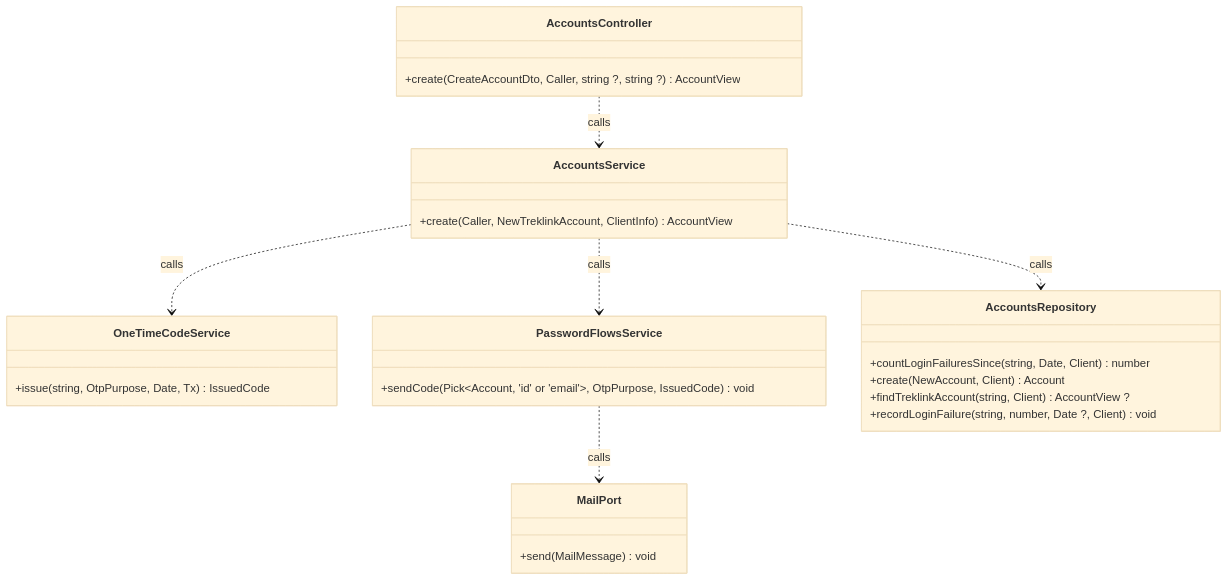
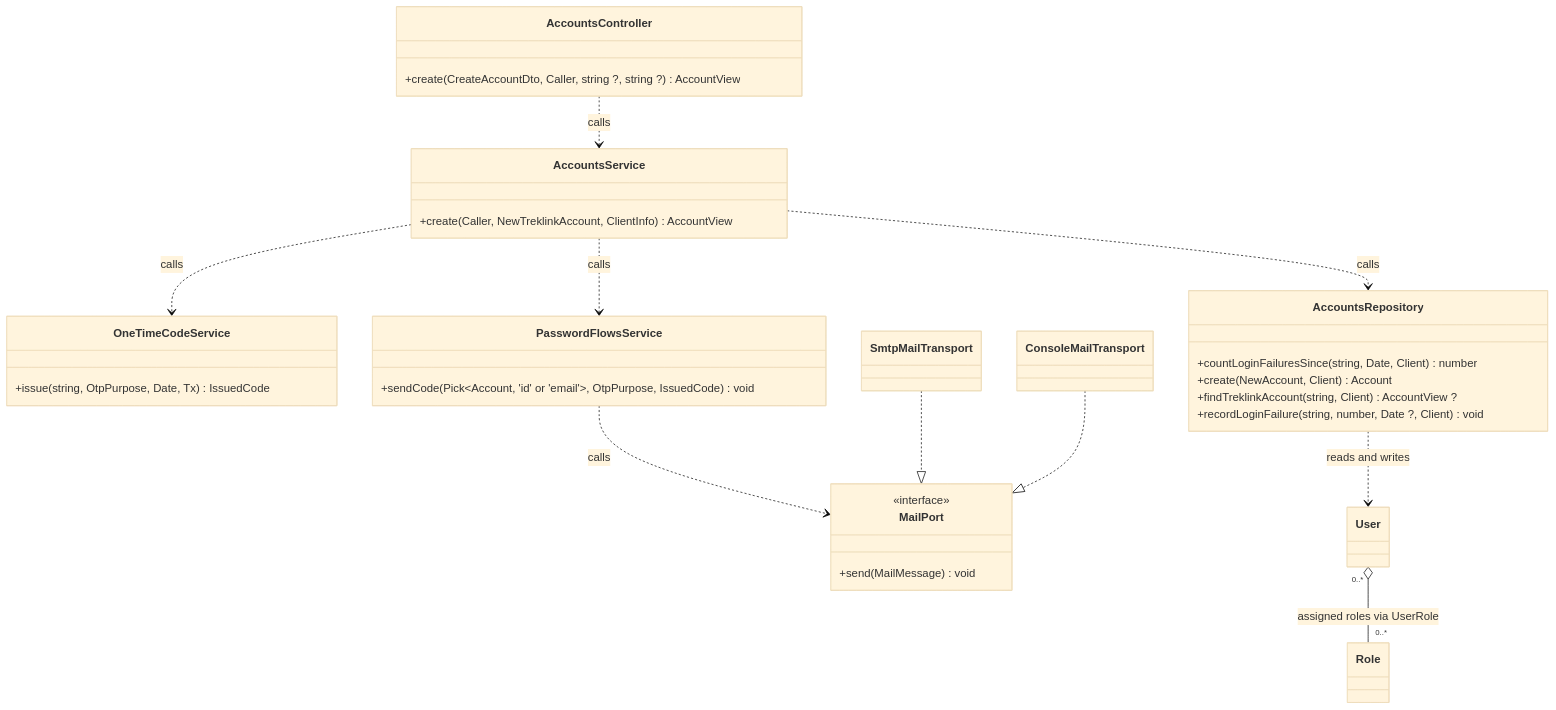
One commit to TrekLink-Team/treklink-web changed the sixth of 14 diagrams in specs/auth/design.md. Above: the diagram before and after it, drawn with Mermaid (base theme). The commit also changed other lines of this file and 7 other files, not shown here.

First line of the commit message:
docs: add code-backed UML class relations and split views

````diff
--- a/specs/auth/design.md
+++ b/specs/auth/design.md
@@ -317,30 +353,46 @@
 ```mermaid
 classDiagram
     direction TB
     class AccountsController {
         +create(CreateAccountDto, Caller, string ?, string ?) AccountView
     }
     class AccountsService {
         +create(Caller, NewTreklinkAccount, ClientInfo) AccountView
     }
     class OneTimeCodeService {
         +issue(string, OtpPurpose, Date, Tx) IssuedCode
     }
     class PasswordFlowsService {
         +sendCode(Pick~Account, 'id' or 'email'~, OtpPurpose, IssuedCode) void
     }
     class AccountsRepository {
         +countLoginFailuresSince(string, Date, Client) number
         +create(NewAccount, Client) Account
         +findTreklinkAccount(string, Client) AccountView ?
         +recordLoginFailure(string, number, Date ?, Client) void
     }
     class MailPort {
+        <<interface>>
         +send(MailMessage) void
     }
     AccountsController ..> AccountsService : calls
     AccountsService ..> AccountsRepository : calls
     AccountsService ..> OneTimeCodeService : calls
     AccountsService ..> PasswordFlowsService : calls
     PasswordFlowsService ..> MailPort : calls
+
+    class User
+    class Role
+    class SmtpMailTransport
+    class ConsoleMailTransport
+    %% backend/prisma/schema.prisma:273-285; role grants refer to reusable Role rows, not owned role lifetimes.
+    User "0..*" o-- "0..*" Role : assigned roles via UserRole
+    %% backend/src/modules/auth/accounts.repository.ts:64-79; account rows are Prisma User projections.
+    AccountsRepository ..> User : reads and writes
+    %% backend/src/modules/auth/mail/smtp.transport.ts:8; implements MailPort.
+    SmtpMailTransport ..|> MailPort
+    %% backend/src/modules/auth/mail/console.transport.ts:6; implements MailPort.
+    ConsoleMailTransport ..|> MailPort
+    %% sdd-view: operations | AccountsController,AccountsService,OneTimeCodeService,PasswordFlowsService,AccountsRepository,MailPort
+    %% sdd-view: domain relations | User,Role,SmtpMailTransport,ConsoleMailTransport
 ```
````
